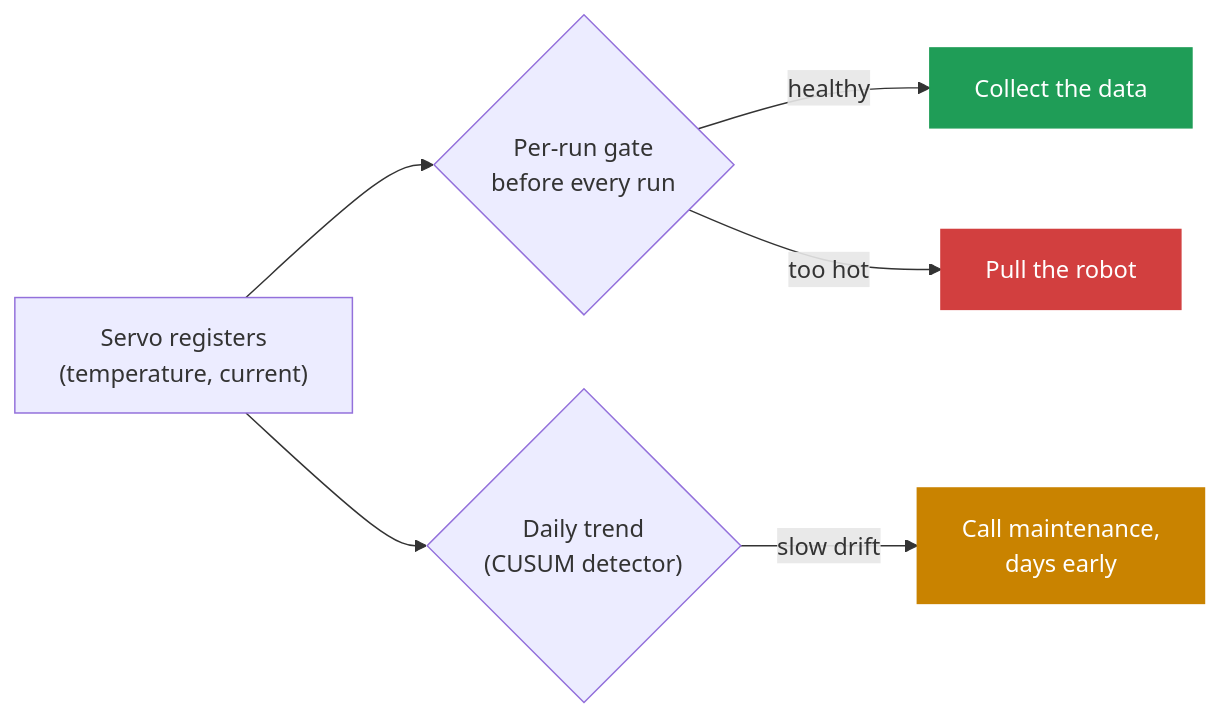
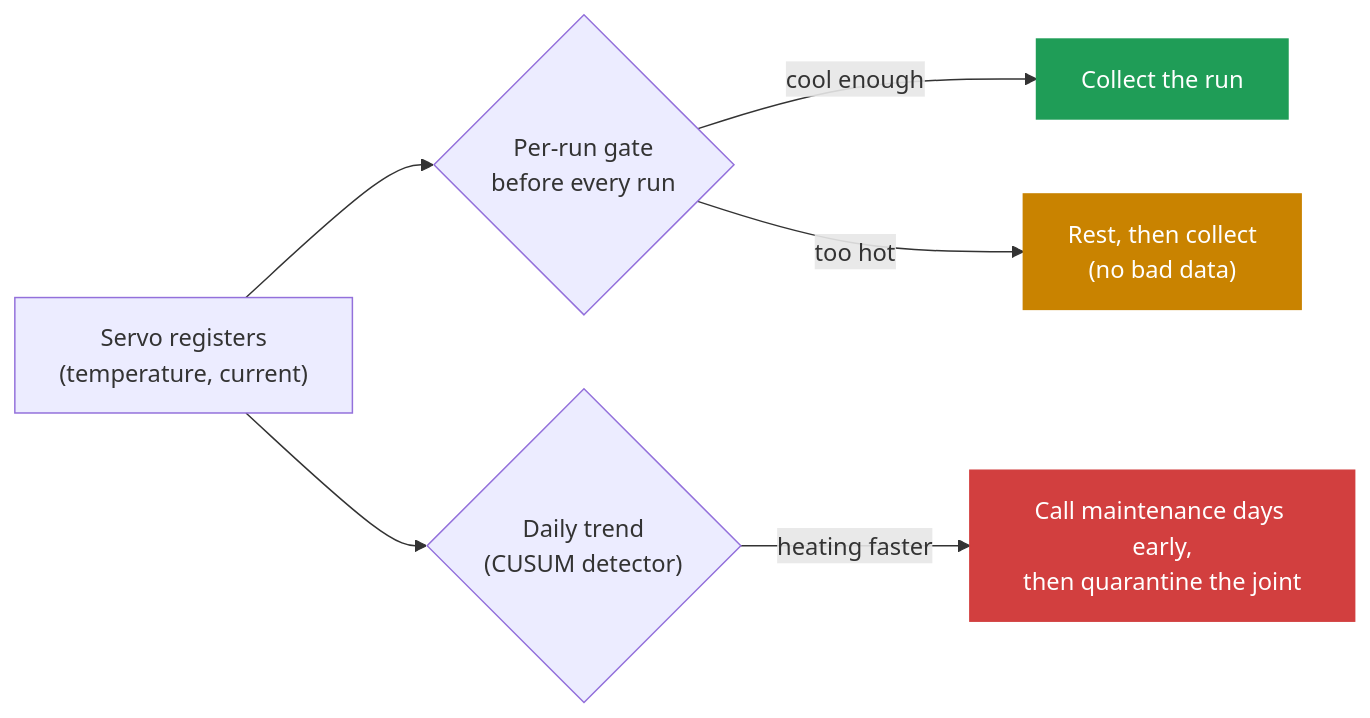
Before and after one commit to Yash-Prakash1/robot-vitals: the diagram in README.md, drawn with Mermaid. The commit also changed other lines of this file and 16 other files, not shown here.

````diff
--- a/README.md
+++ b/README.md
@@ -34,11 +34,11 @@
 ```mermaid
 flowchart LR
   R["Servo registers<br/>(temperature, current)"] --> G{"Per-run gate<br/>before every run"}
   R --> M{"Daily trend<br/>(CUSUM detector)"}
-  G -->|healthy| C["Collect the data"]
-  G -->|too hot| P["Pull the robot"]
-  M -->|slow drift| W["Call maintenance,<br/>days early"]
+  G -->|cool enough| C["Collect the run"]
+  G -->|too hot| P["Rest, then collect<br/>(no bad data)"]
+  M -->|heating faster| W["Call maintenance days early,<br/>then quarantine the joint"]
   style C fill:#1f9d57,color:#fff,stroke:#1f9d57
-  style P fill:#d23f3f,color:#fff,stroke:#d23f3f
-  style W fill:#c98300,color:#fff,stroke:#c98300
+  style P fill:#c98300,color:#fff,stroke:#c98300
+  style W fill:#d23f3f,color:#fff,stroke:#d23f3f
 ```
````
